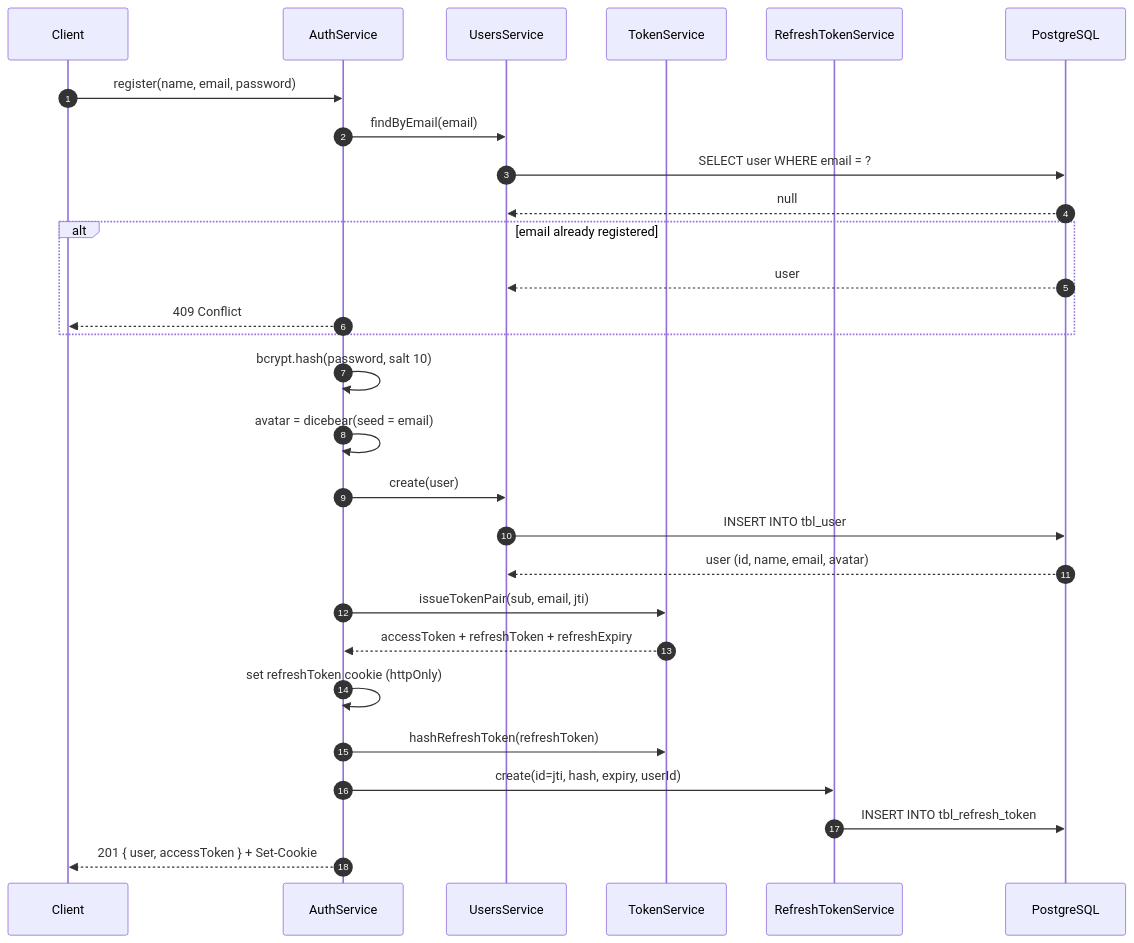
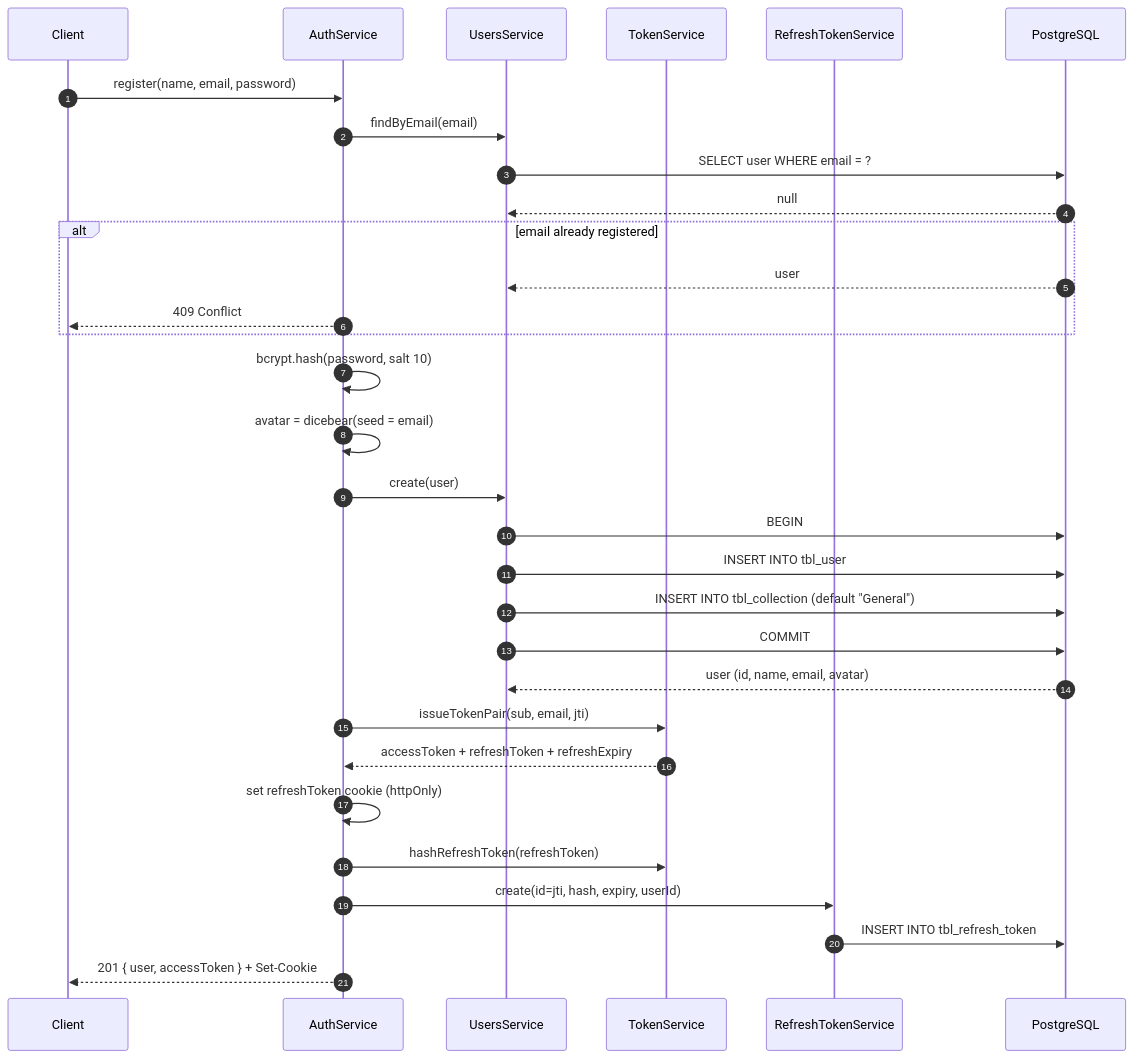
One commit to raunak-ray/LinkVault changed the first of 3 diagrams in api/docs/auth/02-registration-and-login.md. Above: the diagram before and after it, drawn with Mermaid. The commit also changed other lines of this file and 56 other files, not shown here.

````diff
--- a/api/docs/auth/02-registration-and-login.md
+++ b/api/docs/auth/02-registration-and-login.md
@@ -7,31 +7,34 @@
 ```mermaid
 sequenceDiagram
     autonumber
     participant C as Client
     participant A as AuthService
     participant U as UsersService
     participant T as TokenService
     participant R as RefreshTokenService
     participant DB as PostgreSQL
 
     C->>A: register(name, email, password)
     A->>U: findByEmail(email)
     U->>DB: SELECT user WHERE email = ?
     DB-->>U: null
     alt email already registered
         DB-->>U: user
         A-->>C: 409 Conflict
     end
     A->>A: bcrypt.hash(password, salt 10)
     A->>A: avatar = dicebear(seed = email)
     A->>U: create(user)
+    U->>DB: BEGIN
     U->>DB: INSERT INTO tbl_user
+    U->>DB: INSERT INTO tbl_collection (default "General")
+    U->>DB: COMMIT
     DB-->>U: user (id, name, email, avatar)
     A->>T: issueTokenPair(sub, email, jti)
     T-->>A: accessToken + refreshToken + refreshExpiry
     A->>A: set refreshToken cookie (httpOnly)
     A->>T: hashRefreshToken(refreshToken)
     A->>R: create(id=jti, hash, expiry, userId)
     R->>DB: INSERT INTO tbl_refresh_token
     A-->>C: 201 { user, accessToken } + Set-Cookie
 ```
````
